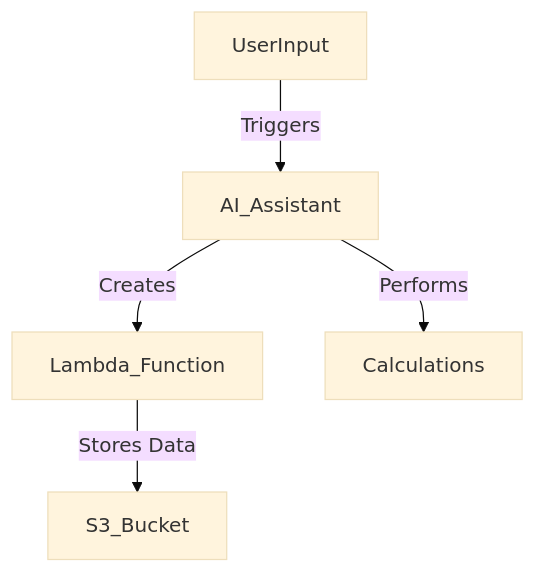
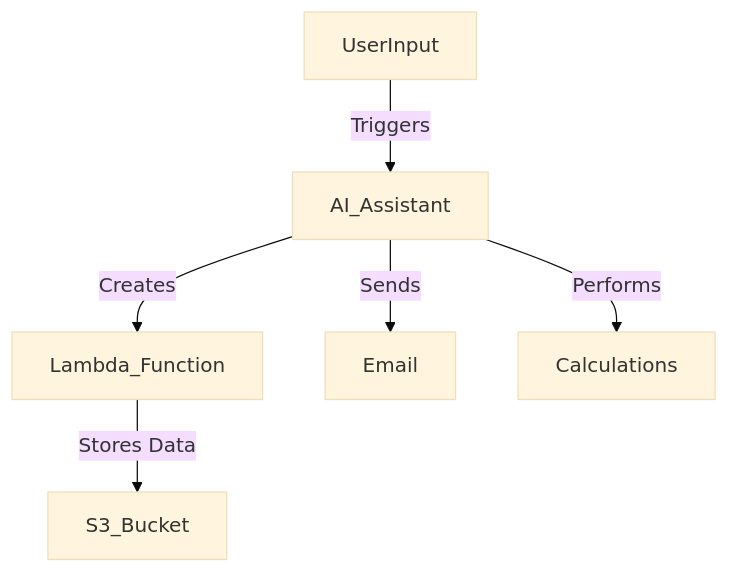
Before and after one commit to pinkengineering/aiassistant: the first of 3 diagrams in README.md, drawn with Mermaid (base theme). The commit also changed other lines of this file, not shown here.

Commit message:
Fixed diagrams to include send email

````diff
--- a/README.md
+++ b/README.md
@@ -57,7 +57,8 @@
 ```mermaid
 graph TD;
     UserInput -->|Triggers| AI_Assistant
     AI_Assistant -->|Creates| Lambda_Function
+    AI_Assistant -->|Sends| Email
     Lambda_Function -->|Stores Data| S3_Bucket
     AI_Assistant -->|Performs| Calculations
 ```
````
